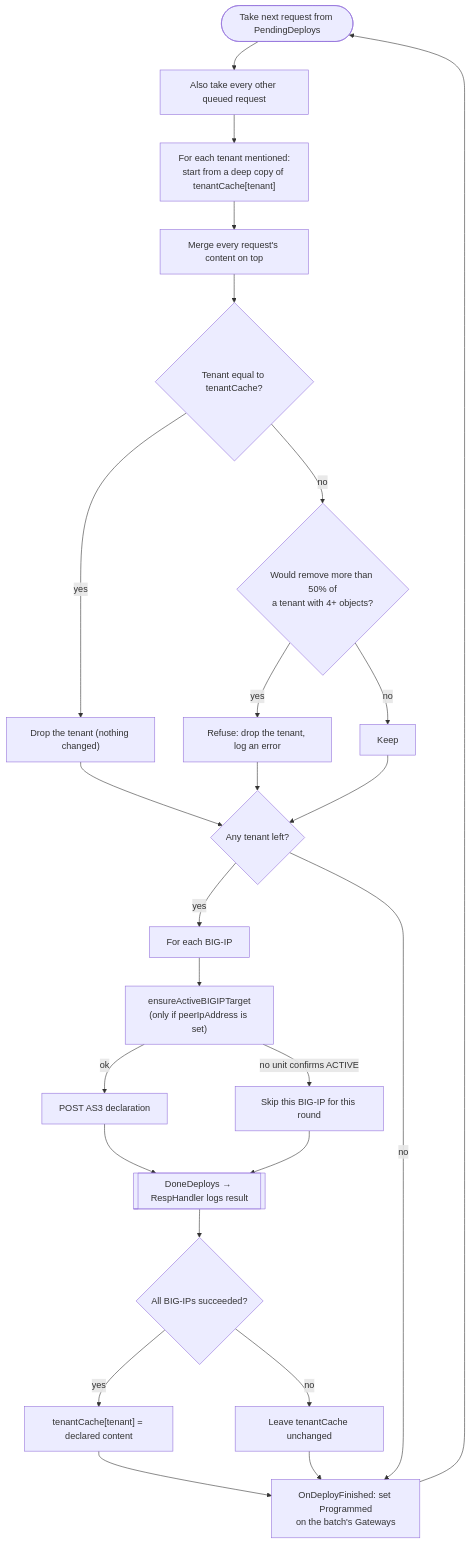
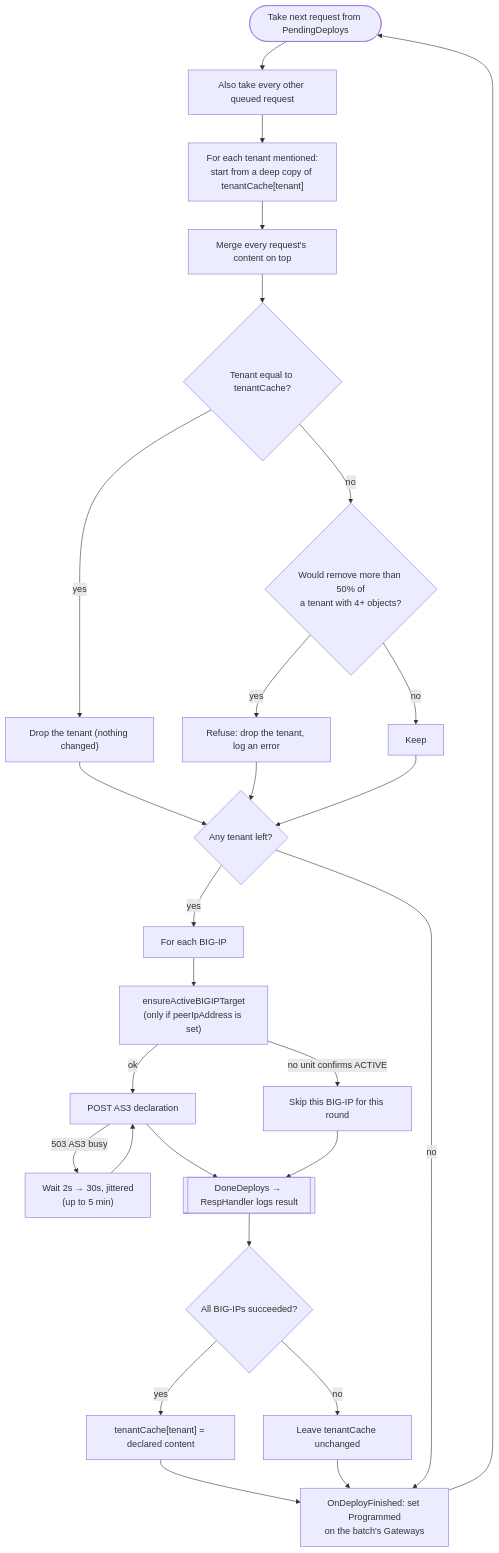
The sixth of 10 diagrams in docs/controller.md (vdstreek-solutions/bigip-kubernetes-gateway), drawn with Mermaid before and after one commit. The commit also changed other lines of this file and 10 other files, not shown here.

````diff
--- a/docs/controller.md
+++ b/docs/controller.md
@@ -288,23 +288,25 @@
 ```mermaid
 flowchart TD
     START(["Take next request from PendingDeploys"]) --> DRAIN["Also take every other queued request"]
     DRAIN --> SEED["For each tenant mentioned:<br/>start from a deep copy of tenantCache[tenant]"]
     SEED --> MERGE["Merge every request's content on top"]
     MERGE --> SAME{"Tenant equal to tenantCache?"}
     SAME -- yes --> DROP1["Drop the tenant (nothing changed)"]
     SAME -- no --> GUT{"Would remove more than 50% of<br/>a tenant with 4+ objects?"}
     GUT -- yes --> DROP2["Refuse: drop the tenant, log an error"]
     GUT -- no --> KEEP["Keep"]
     DROP1 & DROP2 & KEEP --> ANY{"Any tenant left?"}
     ANY -- yes --> LOOP["For each BIG-IP"]
     LOOP --> HA["ensureActiveBIGIPTarget<br/>(only if peerIpAddress is set)"]
     HA -- "no unit confirms ACTIVE" --> SKIP["Skip this BIG-IP for this round"]
     HA -- ok --> POST["POST AS3 declaration"]
+    POST -- "503 AS3 busy" --> WAIT["Wait 2s → 30s, jittered<br/>(up to 5 min)"]
+    WAIT --> POST
     POST & SKIP --> DONE[["DoneDeploys → RespHandler logs result"]]
     DONE --> OK{"All BIG-IPs succeeded?"}
     OK -- yes --> UPD["tenantCache[tenant] = declared content"]
     OK -- no --> NOUPD["Leave tenantCache unchanged"]
     UPD & NOUPD --> ST["OnDeployFinished: set Programmed<br/>on the batch's Gateways"]
     ANY -- no --> ST
     ST --> START
 ```
````
